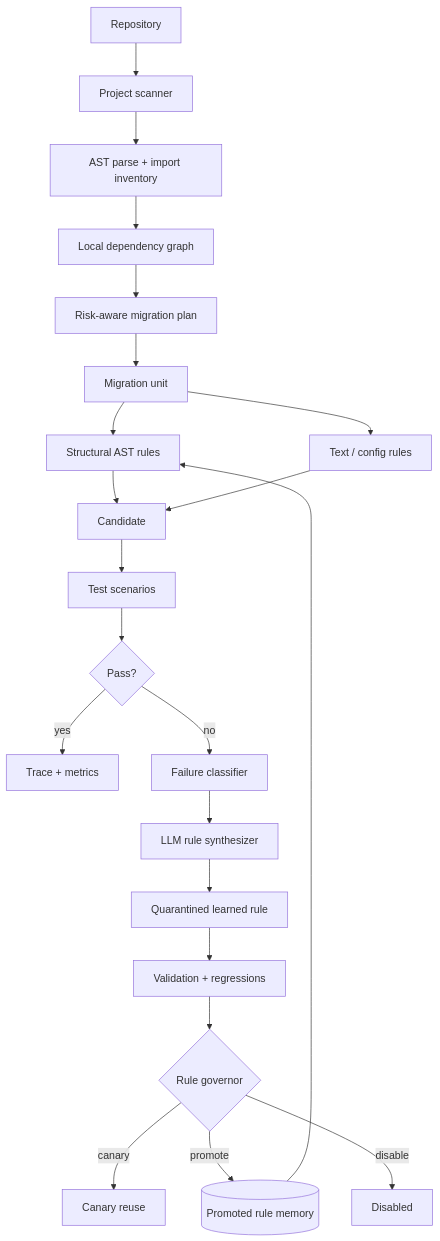
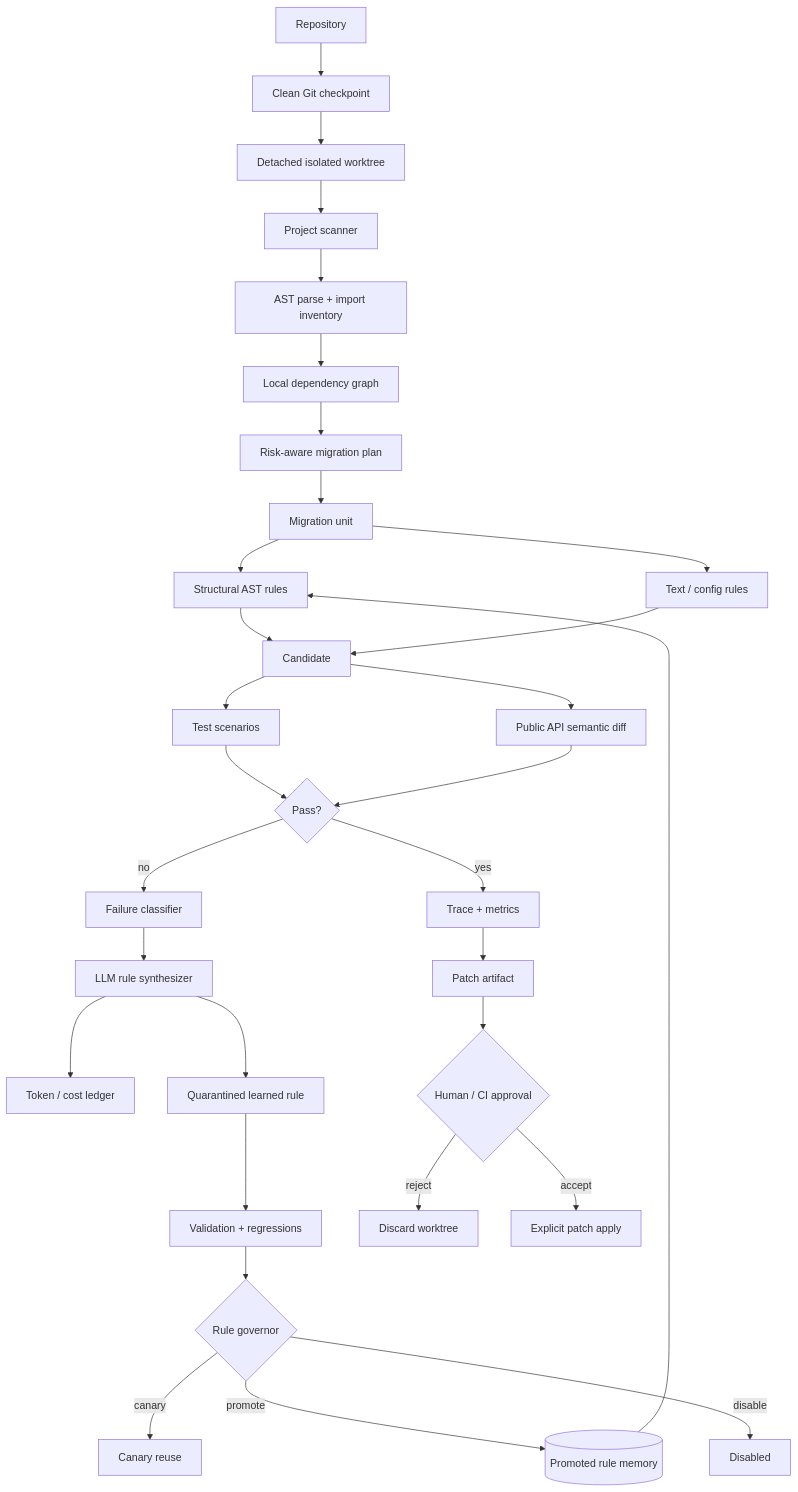
The first of 3 diagrams in SHOWCASE.md (cagataykavas/agentic-migrator), drawn with Mermaid before and after one commit. The commit also changed other lines of this file, not shown here.

Commit message:
docs: update showcase with Git isolation semantic guards and cost tracking

````diff
--- a/SHOWCASE.md
+++ b/SHOWCASE.md
@@ -7,26 +7,36 @@
 ```mermaid
 flowchart TB
-    REPO[Repository] --> SCAN[Project scanner]
+    REPO[Repository] --> GIT[Clean Git checkpoint]
+    GIT --> WT[Detached isolated worktree]
+    WT --> SCAN[Project scanner]
     SCAN --> AST[AST parse + import inventory]
     AST --> GRAPH[Local dependency graph]
     GRAPH --> PLAN[Risk-aware migration plan]
 
     PLAN --> UNIT[Migration unit]
     UNIT --> STRUCT[Structural AST rules]
     UNIT --> TEXT[Text / config rules]
     STRUCT --> CAND[Candidate]
     TEXT --> CAND
 
     CAND --> TEST[Test scenarios]
+    CAND --> SEM[Public API semantic diff]
     TEST --> OK{Pass?}
+    SEM --> OK
     OK -- yes --> TRACE[Trace + metrics]
     OK -- no --> CLASS[Failure classifier]
     CLASS --> SYNTH[LLM rule synthesizer]
+    SYNTH --> COST[Token / cost ledger]
     SYNTH --> QUAR[Quarantined learned rule]
     QUAR --> VALID[Validation + regressions]
     VALID --> GOV{Rule governor}
     GOV -- canary --> CANARY[Canary reuse]
     GOV -- promote --> MEMORY[(Promoted rule memory)]
     GOV -- disable --> OFF[Disabled]
     MEMORY --> STRUCT
+
+    TRACE --> PATCH[Patch artifact]
+    PATCH --> APPROVE{Human / CI approval}
+    APPROVE -- reject --> DROP[Discard worktree]
+    APPROVE -- accept --> APPLY[Explicit patch apply]
 ```
````
